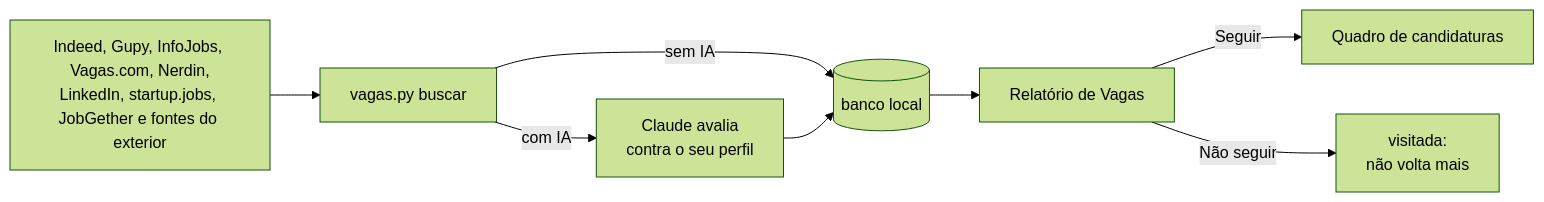
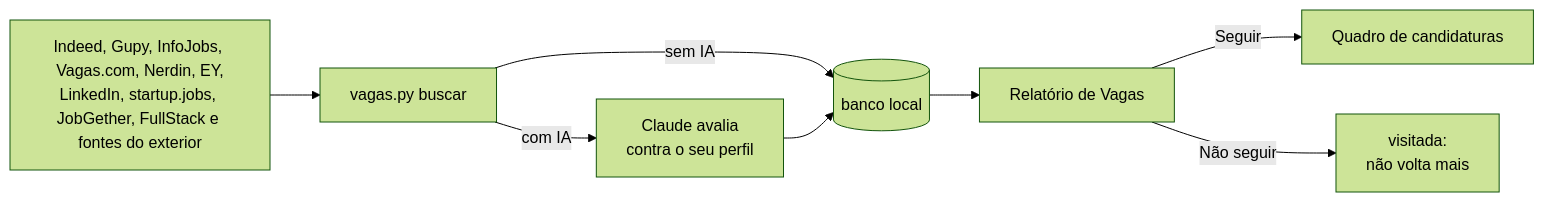
One commit to SouMarcel/meu-proximo-trampo changed the diagram in README.md. Above: the diagram before and after it, drawn with Mermaid (forest theme). The commit also changed other lines of this file and 40 other files, not shown here.

First line of the commit message:
Portais EY e FullStack na busca (specs 039 e 040)

````diff
--- a/README.md
+++ b/README.md
@@ -147,10 +148,10 @@
 ```mermaid
 flowchart LR
-  A[Indeed, Gupy, InfoJobs, Vagas.com, Nerdin,<br/>LinkedIn, startup.jobs, JobGether e fontes do exterior] --> B[vagas.py buscar]
+  A[Indeed, Gupy, InfoJobs, Vagas.com, Nerdin, EY,<br/>LinkedIn, startup.jobs, JobGether, FullStack e fontes do exterior] --> B[vagas.py buscar]
   B -->|sem IA| D[(banco local)]
   B -->|com IA| C[Claude avalia<br/>contra o seu perfil]
   C --> D
   D --> E[Relatório de Vagas]
   E -->|Seguir| F[Quadro de candidaturas]
   E -->|Não seguir| G[visitada:<br/>não volta mais]
 ```
````
